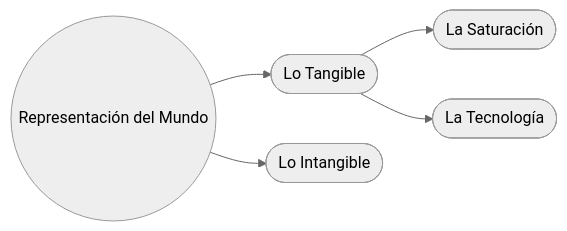
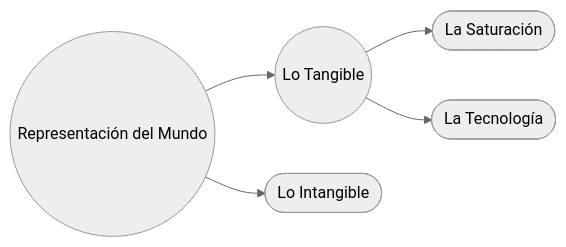
The second of 3 diagrams in ES/mundo-exterior.md (EGGS-Artesvisuales/EGGS-Artesvisuales.github.io), drawn with Mermaid (neutral theme) before and after one commit. The commit also changed other lines of this file, not shown here.

```diff
--- a/ES/mundo-exterior.md
+++ b/ES/mundo-exterior.md
@@ -59,18 +59,18 @@
 <div class="mermaid">
 flowchart LR
   representacion((Representación del Mundo))
-  tangible(["Lo Tangible"])
+  tangible(("Lo Tangible"))
   intangible(["Lo Intangible"])
 
   representacion --> tangible
   representacion --> intangible
 
   tangible --> saturacion(["La Saturación"])
   tangible --> tecnologia(["La Tecnología"])
 
   click representacion "/ES/mundo-exterior.html" "Ir a Representación del Mundo"
   click tangible "/ES/tangible.html" "Ir a Lo Tangible"
   click saturacion "/ES/saturacion.html" "Ir a La Saturación"
   click tecnologia "/ES/tecnologia.html" "Ir a La Tecnología"
   click intangible "/ES/intangible.html" "Ir a Lo Intangible"
 </div>
```
